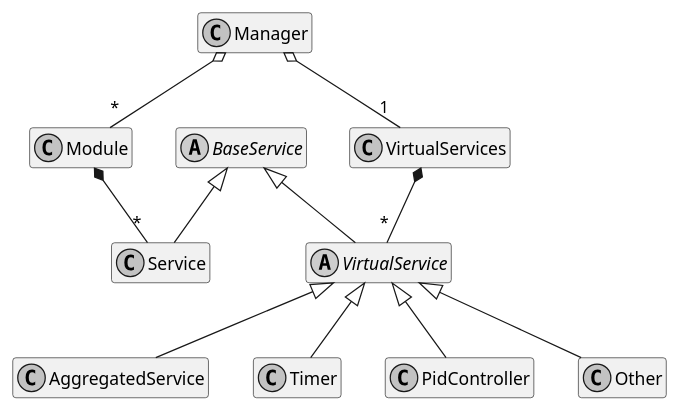
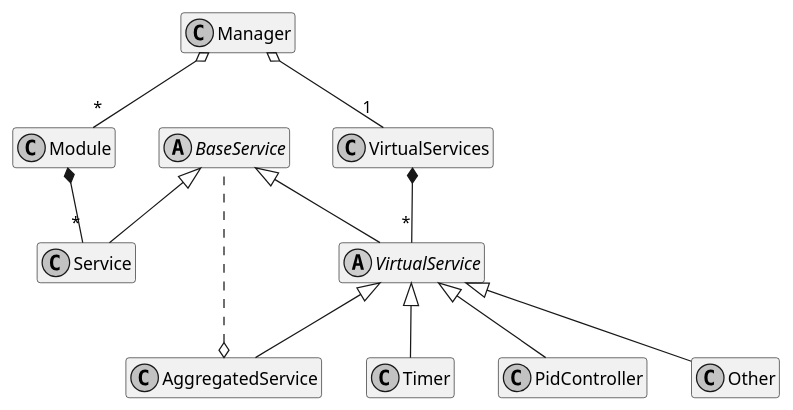
The diagram in doc/virtualservice.puml (p2o-lab/polaris-backend), drawn with PlantUML before and after one commit. The commit also changed 1 other file, not shown here.

Commit message:
update uml diagrams

```diff
--- a/doc/virtualservice.puml
+++ b/doc/virtualservice.puml
@@ -1,40 +1,42 @@
 @startuml
 skinparam monochrome true
 hide methods
 hide attributes
 
 abstract class BaseService
 
 class Service
 
 abstract class VirtualService
 
 class AggregatedService
 
 class Timer
 
 class PidController
 
 class Other
 
 
 
 BaseService <|-- Service
 BaseService <|-- VirtualService
 
 VirtualService <|-- AggregatedService
 VirtualService <|-- Timer
 VirtualService <|-- PidController
 VirtualService <|-- Other
 
 class VirtualServices
 
 class Manager
 class Module
 
 Module *-- "*" Service
 Manager o-- "*" Module
 Manager o-- "1" VirtualServices
 VirtualServices *-- "*" VirtualService
 
+AggregatedService o.. BaseService
+
 @enduml
```
